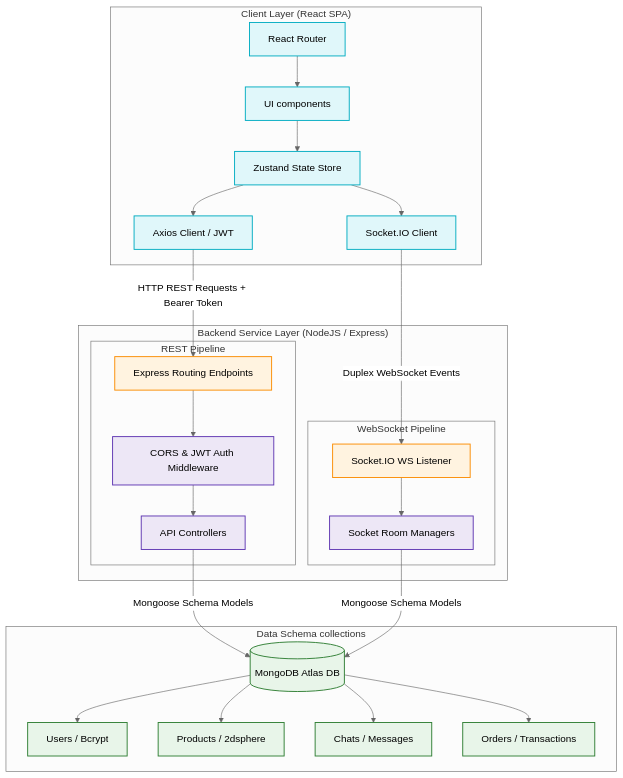
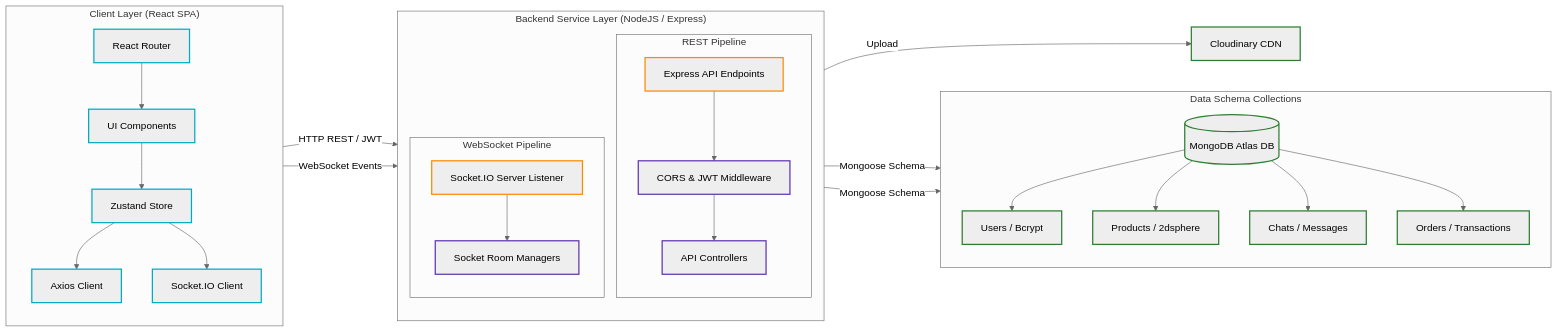
The first of 4 diagrams in README.md (adiba-anwar01/vendorlink), drawn with Mermaid (neutral theme) before and after one commit. The commit also changed other lines of this file, not shown here.

Commit message:
add full flow in README

````diff
--- a/README.md
+++ b/README.md
@@ -23,49 +21,52 @@
 ```mermaid
-graph TD
-    %% Client Layer (Symmetrical & Centered)
+graph LR
+    %% Client Layer (React SPA)
     subgraph ClientLayer ["Client Layer (React SPA)"]
-        Router[React Router] --> UI[UI components]
-        UI --> Store[Zustand State Store]
-        Store --> Axios[Axios Client / JWT]
+        direction TB
+        Router[React Router] --> UI[UI Components]
+        UI --> Store[Zustand Store]
+        Store --> Axios[Axios Client]
         Store --> WSClient[Socket.IO Client]
     end
 
-    %% Communication Pipelines (Left / Right Symmetry)
-    Axios -->|HTTP REST Requests + Bearer Token| ExpressRoutes[Express Routing Endpoints]
-    WSClient -->|Duplex WebSocket Events| WSListener[Socket.IO WS Listener]
+    %% Communication Channels
+    Axios -->|HTTP REST / JWT| ExpressRoutes["Express API Endpoints"]
+    WSClient -->|WebSocket Events| WSListener["Socket.IO Server Listener"]
 
-    %% Service Layer (Symmetrical Processing)
+    %% Service Layer
     subgraph ServiceLayer ["Backend Service Layer (NodeJS / Express)"]
+        direction TB
         subgraph RESTPipeline ["REST Pipeline"]
-            ExpressRoutes --> Middleware[CORS & JWT Auth Middleware]
-            Middleware --> Controllers[API Controllers]
+            ExpressRoutes --> Middleware["CORS & JWT Middleware"]
+            Middleware --> Controllers["API Controllers"]
         end
 
         subgraph WSPipeline ["WebSocket Pipeline"]
-            WSListener --> SocketRooms[Socket Room Managers]
+            WSListener --> SocketRooms["Socket Room Managers"]
         end
     end
 
-    %% Data Layer (Converging at Center Database)
-    Controllers -->|Mongoose Schema Models| MongoDB[(MongoDB Atlas DB)]
-    SocketRooms -->|Mongoose Schema Models| MongoDB
+    %% Data Layer
+    Controllers -->|Mongoose Schema| MongoDB[(MongoDB Atlas DB)]
+    SocketRooms -->|Mongoose Schema| MongoDB
+    Controllers -->|Upload| Cloudinary[Cloudinary CDN]
 
-    %% Schema Indexing (Symmetrical Layout)
-    subgraph DataPersistence ["Data Schema collections"]
+    subgraph DataPersistence ["Data Schema Collections"]
+        direction TB
         MongoDB --> UsersCollection[Users / Bcrypt]
         MongoDB --> ProductsCollection[Products / 2dsphere]
         MongoDB --> ChatCollection[Chats / Messages]
         MongoDB --> OrdersCollection[Orders / Transactions]
     end
 
-    %% Design Class Tokens
-    classDef client fill:#e0f7fa,stroke:#00acc1,stroke-width:1.5px;
-    classDef comm fill:#fff3e0,stroke:#fb8c00,stroke-width:1.5px;
-    classDef service fill:#ede7f6,stroke:#5e35b1,stroke-width:1.5px;
-    classDef data fill:#e8f5e9,stroke:#2e7d32,stroke-width:1.5px;
+    %% Design Class Tokens for high contrast in light/dark mode
+    classDef client stroke:#00acc1,stroke-width:2px;
+    classDef comm stroke:#fb8c00,stroke-width:2px;
+    classDef service stroke:#5e35b1,stroke-width:2px;
+    classDef data stroke:#2e7d32,stroke-width:2px;
     
     class Router,UI,Store,Axios,WSClient client;
     class ExpressRoutes,WSListener comm;
     class Middleware,Controllers,SocketRooms service;
-    class MongoDB,UsersCollection,ProductsCollection,ChatCollection,OrdersCollection data;
+    class MongoDB,Cloudinary,UsersCollection,ProductsCollection,ChatCollection,OrdersCollection data;
 ```
````
